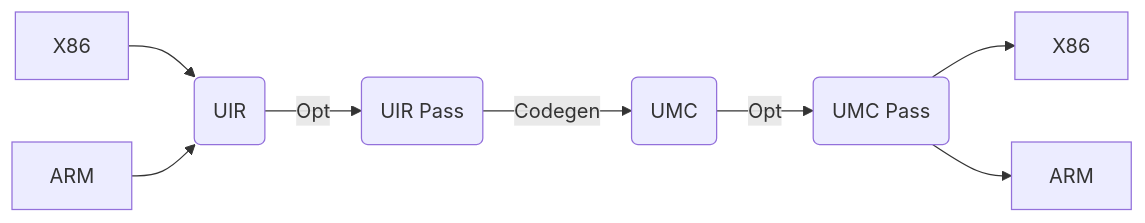
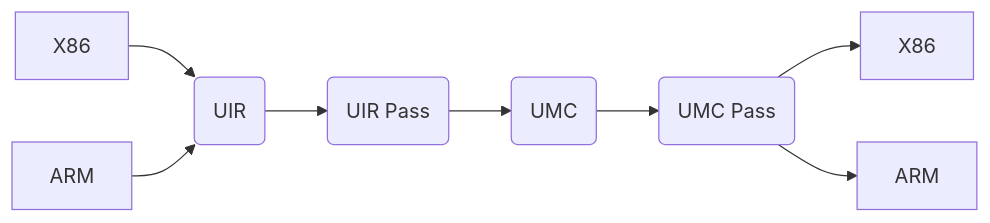
Before and after one commit to NewWorldComingSoon/UnknownRebuilder: the diagram in README.md, drawn with Mermaid.

````diff
--- a/README.md
+++ b/README.md
@@ -8,10 +8,10 @@
 ```mermaid
 flowchart LR
 A1[X86] -->| | B(UIR)
 A2[ARM] -->| | B(UIR)
-B -->|Opt| C(UIR Pass)
-C -->|Codegen| D(UMC)
-D -->|Opt| E(UMC Pass)
+B -->| | C(UIR Pass)
+C -->| | D(UMC)
+D -->| | E(UMC Pass)
 E -->| | F1[X86]
 E -->| | F2[ARM]
 ```
````
